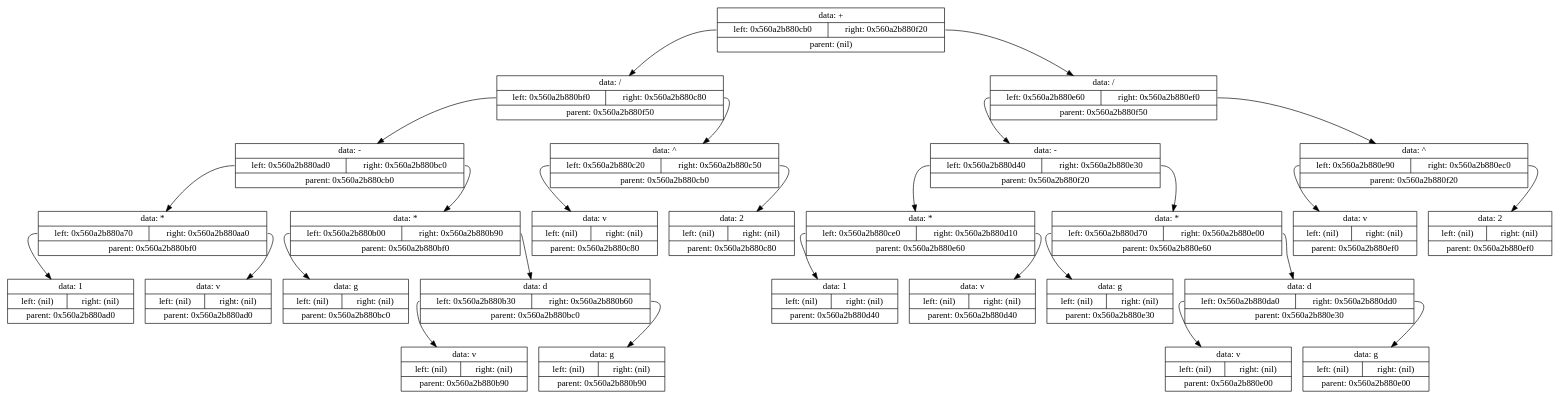
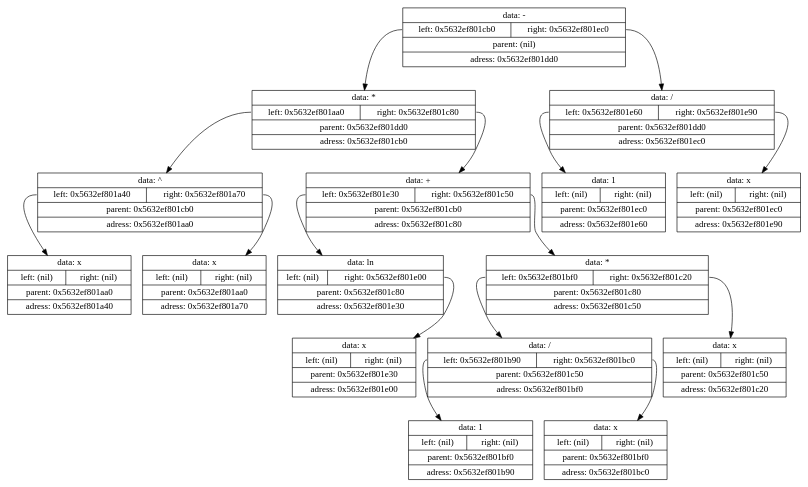
The diagram in Projects/8.Differenciator/log/tmp/tempautogeneratedlog.gv (Shishqa/MIPT_1sem_C_lang), drawn with Graphviz before and after one commit. The commit also changed 16 other files, not shown here.

```diff
--- a/Projects/8.Differenciator/log/tmp/tempautogeneratedlog.gv
+++ b/Projects/8.Differenciator/log/tmp/tempautogeneratedlog.gv
@@ -1,57 +1,35 @@
 digraph dump
 {
-	node0x560a2b880f50 [shape = "record", label = "{<f1>data: +|{<f2>left: 0x560a2b880cb0|<f3>right: 0x560a2b880f20}|<f4>parent: (nil)}"];
-	node0x560a2b880cb0 [shape = "record", label = "{<f1>data: /|{<f2>left: 0x560a2b880bf0|<f3>right: 0x560a2b880c80}|<f4>parent: 0x560a2b880f50}"];
-	node0x560a2b880bf0 [shape = "record", label = "{<f1>data: -|{<f2>left: 0x560a2b880ad0|<f3>right: 0x560a2b880bc0}|<f4>parent: 0x560a2b880cb0}"];
-	node0x560a2b880ad0 [shape = "record", label = "{<f1>data: *|{<f2>left: 0x560a2b880a70|<f3>right: 0x560a2b880aa0}|<f4>parent: 0x560a2b880bf0}"];
-	node0x560a2b880a70 [shape = "record", label = "{<f1>data: 1|{<f2>left: (nil)|<f3>right: (nil)}|<f4>parent: 0x560a2b880ad0}"];
-	node0x560a2b880ad0:f2 -> node0x560a2b880a70
-	node0x560a2b880aa0 [shape = "record", label = "{<f1>data: v|{<f2>left: (nil)|<f3>right: (nil)}|<f4>parent: 0x560a2b880ad0}"];
-	node0x560a2b880ad0:f3 -> node0x560a2b880aa0
-	node0x560a2b880bf0:f2 -> node0x560a2b880ad0
-	node0x560a2b880bc0 [shape = "record", label = "{<f1>data: *|{<f2>left: 0x560a2b880b00|<f3>right: 0x560a2b880b90}|<f4>parent: 0x560a2b880bf0}"];
-	node0x560a2b880b00 [shape = "record", label = "{<f1>data: g|{<f2>left: (nil)|<f3>right: (nil)}|<f4>parent: 0x560a2b880bc0}"];
-	node0x560a2b880bc0:f2 -> node0x560a2b880b00
-	node0x560a2b880b90 [shape = "record", label = "{<f1>data: d|{<f2>left: 0x560a2b880b30|<f3>right: 0x560a2b880b60}|<f4>parent: 0x560a2b880bc0}"];
-	node0x560a2b880b30 [shape = "record", label = "{<f1>data: v|{<f2>left: (nil)|<f3>right: (nil)}|<f4>parent: 0x560a2b880b90}"];
-	node0x560a2b880b90:f2 -> node0x560a2b880b30
-	node0x560a2b880b60 [shape = "record", label = "{<f1>data: g|{<f2>left: (nil)|<f3>right: (nil)}|<f4>parent: 0x560a2b880b90}"];
-	node0x560a2b880b90:f3 -> node0x560a2b880b60
-	node0x560a2b880bc0:f3 -> node0x560a2b880b90
-	node0x560a2b880bf0:f3 -> node0x560a2b880bc0
-	node0x560a2b880cb0:f2 -> node0x560a2b880bf0
-	node0x560a2b880c80 [shape = "record", label = "{<f1>data: ^|{<f2>left: 0x560a2b880c20|<f3>right: 0x560a2b880c50}|<f4>parent: 0x560a2b880cb0}"];
-	node0x560a2b880c20 [shape = "record", label = "{<f1>data: v|{<f2>left: (nil)|<f3>right: (nil)}|<f4>parent: 0x560a2b880c80}"];
-	node0x560a2b880c80:f2 -> node0x560a2b880c20
-	node0x560a2b880c50 [shape = "record", label = "{<f1>data: 2|{<f2>left: (nil)|<f3>right: (nil)}|<f4>parent: 0x560a2b880c80}"];
-	node0x560a2b880c80:f3 -> node0x560a2b880c50
-	node0x560a2b880cb0:f3 -> node0x560a2b880c80
-	node0x560a2b880f50:f2 -> node0x560a2b880cb0
-	node0x560a2b880f20 [shape = "record", label = "{<f1>data: /|{<f2>left: 0x560a2b880e60|<f3>right: 0x560a2b880ef0}|<f4>parent: 0x560a2b880f50}"];
-	node0x560a2b880e60 [shape = "record", label = "{<f1>data: -|{<f2>left: 0x560a2b880d40|<f3>right: 0x560a2b880e30}|<f4>parent: 0x560a2b880f20}"];
-	node0x560a2b880d40 [shape = "record", label = "{<f1>data: *|{<f2>left: 0x560a2b880ce0|<f3>right: 0x560a2b880d10}|<f4>parent: 0x560a2b880e60}"];
-	node0x560a2b880ce0 [shape = "record", label = "{<f1>data: 1|{<f2>left: (nil)|<f3>right: (nil)}|<f4>parent: 0x560a2b880d40}"];
-	node0x560a2b880d40:f2 -> node0x560a2b880ce0
-	node0x560a2b880d10 [shape = "record", label = "{<f1>data: v|{<f2>left: (nil)|<f3>right: (nil)}|<f4>parent: 0x560a2b880d40}"];
-	node0x560a2b880d40:f3 -> node0x560a2b880d10
-	node0x560a2b880e60:f2 -> node0x560a2b880d40
-	node0x560a2b880e30 [shape = "record", label = "{<f1>data: *|{<f2>left: 0x560a2b880d70|<f3>right: 0x560a2b880e00}|<f4>parent: 0x560a2b880e60}"];
-	node0x560a2b880d70 [shape = "record", label = "{<f1>data: g|{<f2>left: (nil)|<f3>right: (nil)}|<f4>parent: 0x560a2b880e30}"];
-	node0x560a2b880e30:f2 -> node0x560a2b880d70
-	node0x560a2b880e00 [shape = "record", label = "{<f1>data: d|{<f2>left: 0x560a2b880da0|<f3>right: 0x560a2b880dd0}|<f4>parent: 0x560a2b880e30}"];
-	node0x560a2b880da0 [shape = "record", label = "{<f1>data: v|{<f2>left: (nil)|<f3>right: (nil)}|<f4>parent: 0x560a2b880e00}"];
-	node0x560a2b880e00:f2 -> node0x560a2b880da0
-	node0x560a2b880dd0 [shape = "record", label = "{<f1>data: g|{<f2>left: (nil)|<f3>right: (nil)}|<f4>parent: 0x560a2b880e00}"];
-	node0x560a2b880e00:f3 -> node0x560a2b880dd0
-	node0x560a2b880e30:f3 -> node0x560a2b880e00
-	node0x560a2b880e60:f3 -> node0x560a2b880e30
-	node0x560a2b880f20:f2 -> node0x560a2b880e60
-	node0x560a2b880ef0 [shape = "record", label = "{<f1>data: ^|{<f2>left: 0x560a2b880e90|<f3>right: 0x560a2b880ec0}|<f4>parent: 0x560a2b880f20}"];
-	node0x560a2b880e90 [shape = "record", label = "{<f1>data: v|{<f2>left: (nil)|<f3>right: (nil)}|<f4>parent: 0x560a2b880ef0}"];
-	node0x560a2b880ef0:f2 -> node0x560a2b880e90
-	node0x560a2b880ec0 [shape = "record", label = "{<f1>data: 2|{<f2>left: (nil)|<f3>right: (nil)}|<f4>parent: 0x560a2b880ef0}"];
-	node0x560a2b880ef0:f3 -> node0x560a2b880ec0
-	node0x560a2b880f20:f3 -> node0x560a2b880ef0
-	node0x560a2b880f50:f3 -> node0x560a2b880f20
+	node0x5632ef801dd0 [shape = "record", label = "{<f1>data: -|{<f2>left: 0x5632ef801cb0|<f3>right: 0x5632ef801ec0}|<f4>parent: (nil)|<f5>adress: 0x5632ef801dd0}"];
+	node0x5632ef801cb0 [shape = "record", label = "{<f1>data: *|{<f2>left: 0x5632ef801aa0|<f3>right: 0x5632ef801c80}|<f4>parent: 0x5632ef801dd0|<f5>adress: 0x5632ef801cb0}"];
+	node0x5632ef801aa0 [shape = "record", label = "{<f1>data: ^|{<f2>left: 0x5632ef801a40|<f3>right: 0x5632ef801a70}|<f4>parent: 0x5632ef801cb0|<f5>adress: 0x5632ef801aa0}"];
+	node0x5632ef801a40 [shape = "record", label = "{<f1>data: x|{<f2>left: (nil)|<f3>right: (nil)}|<f4>parent: 0x5632ef801aa0|<f5>adress: 0x5632ef801a40}"];
+	node0x5632ef801aa0:f2 -> node0x5632ef801a40
+	node0x5632ef801a70 [shape = "record", label = "{<f1>data: x|{<f2>left: (nil)|<f3>right: (nil)}|<f4>parent: 0x5632ef801aa0|<f5>adress: 0x5632ef801a70}"];
+	node0x5632ef801aa0:f3 -> node0x5632ef801a70
+	node0x5632ef801cb0:f2 -> node0x5632ef801aa0
+	node0x5632ef801c80 [shape = "record", label = "{<f1>data: +|{<f2>left: 0x5632ef801e30|<f3>right: 0x5632ef801c50}|<f4>parent: 0x5632ef801cb0|<f5>adress: 0x5632ef801c80}"];
+	node0x5632ef801e30 [shape = "record", label = "{<f1>data: ln|{<f2>left: (nil)|<f3>right: 0x5632ef801e00}|<f4>parent: 0x5632ef801c80|<f5>adress: 0x5632ef801e30}"];
+	node0x5632ef801e00 [shape = "record", label = "{<f1>data: x|{<f2>left: (nil)|<f3>right: (nil)}|<f4>parent: 0x5632ef801e30|<f5>adress: 0x5632ef801e00}"];
+	node0x5632ef801e30:f3 -> node0x5632ef801e00
+	node0x5632ef801c80:f2 -> node0x5632ef801e30
+	node0x5632ef801c50 [shape = "record", label = "{<f1>data: *|{<f2>left: 0x5632ef801bf0|<f3>right: 0x5632ef801c20}|<f4>parent: 0x5632ef801c80|<f5>adress: 0x5632ef801c50}"];
+	node0x5632ef801bf0 [shape = "record", label = "{<f1>data: /|{<f2>left: 0x5632ef801b90|<f3>right: 0x5632ef801bc0}|<f4>parent: 0x5632ef801c50|<f5>adress: 0x5632ef801bf0}"];
+	node0x5632ef801b90 [shape = "record", label = "{<f1>data: 1|{<f2>left: (nil)|<f3>right: (nil)}|<f4>parent: 0x5632ef801bf0|<f5>adress: 0x5632ef801b90}"];
+	node0x5632ef801bf0:f2 -> node0x5632ef801b90
+	node0x5632ef801bc0 [shape = "record", label = "{<f1>data: x|{<f2>left: (nil)|<f3>right: (nil)}|<f4>parent: 0x5632ef801bf0|<f5>adress: 0x5632ef801bc0}"];
+	node0x5632ef801bf0:f3 -> node0x5632ef801bc0
+	node0x5632ef801c50:f2 -> node0x5632ef801bf0
+	node0x5632ef801c20 [shape = "record", label = "{<f1>data: x|{<f2>left: (nil)|<f3>right: (nil)}|<f4>parent: 0x5632ef801c50|<f5>adress: 0x5632ef801c20}"];
+	node0x5632ef801c50:f3 -> node0x5632ef801c20
+	node0x5632ef801c80:f3 -> node0x5632ef801c50
+	node0x5632ef801cb0:f3 -> node0x5632ef801c80
+	node0x5632ef801dd0:f2 -> node0x5632ef801cb0
+	node0x5632ef801ec0 [shape = "record", label = "{<f1>data: /|{<f2>left: 0x5632ef801e60|<f3>right: 0x5632ef801e90}|<f4>parent: 0x5632ef801dd0|<f5>adress: 0x5632ef801ec0}"];
+	node0x5632ef801e60 [shape = "record", label = "{<f1>data: 1|{<f2>left: (nil)|<f3>right: (nil)}|<f4>parent: 0x5632ef801ec0|<f5>adress: 0x5632ef801e60}"];
+	node0x5632ef801ec0:f2 -> node0x5632ef801e60
+	node0x5632ef801e90 [shape = "record", label = "{<f1>data: x|{<f2>left: (nil)|<f3>right: (nil)}|<f4>parent: 0x5632ef801ec0|<f5>adress: 0x5632ef801e90}"];
+	node0x5632ef801ec0:f3 -> node0x5632ef801e90
+	node0x5632ef801dd0:f3 -> node0x5632ef801ec0
 
 }
```
